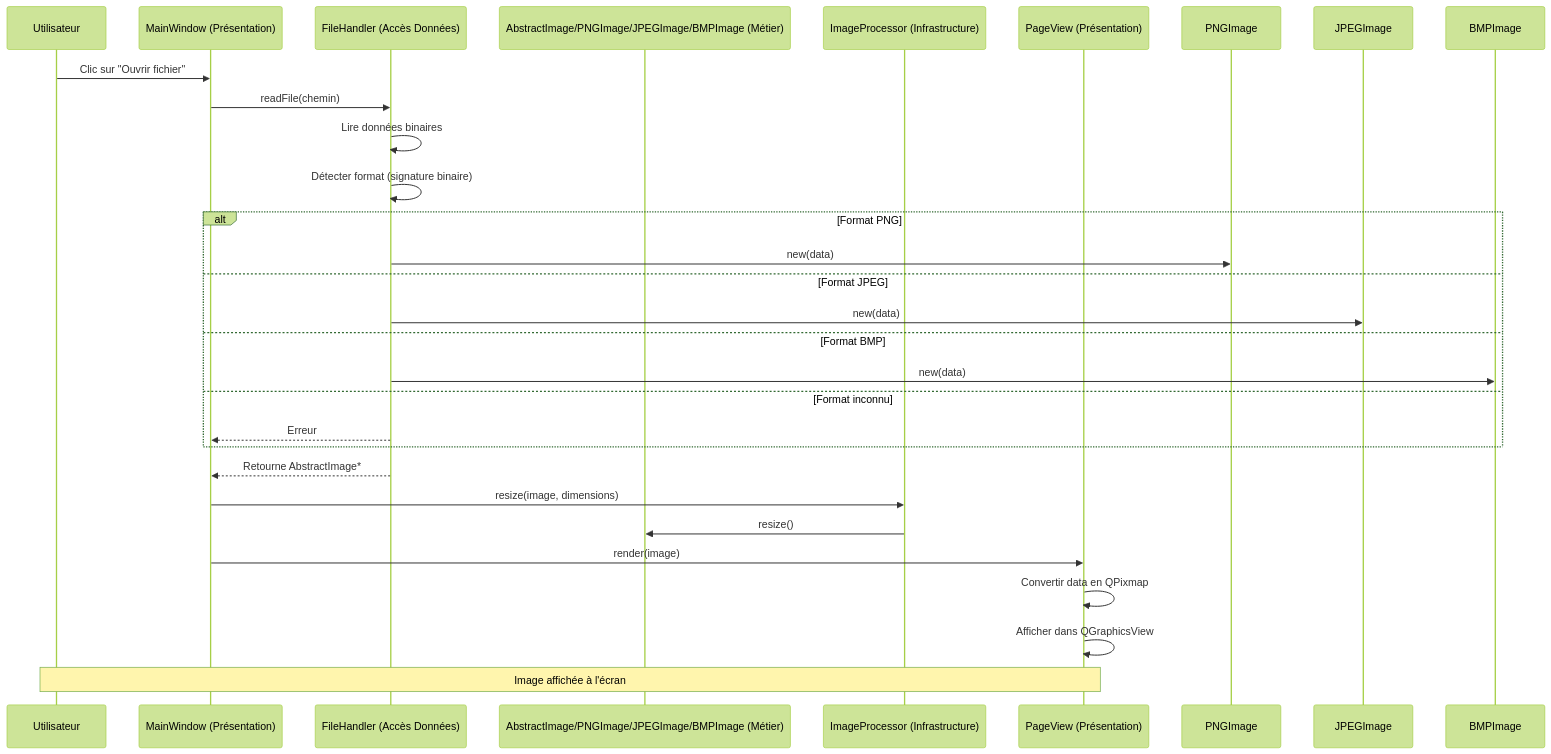
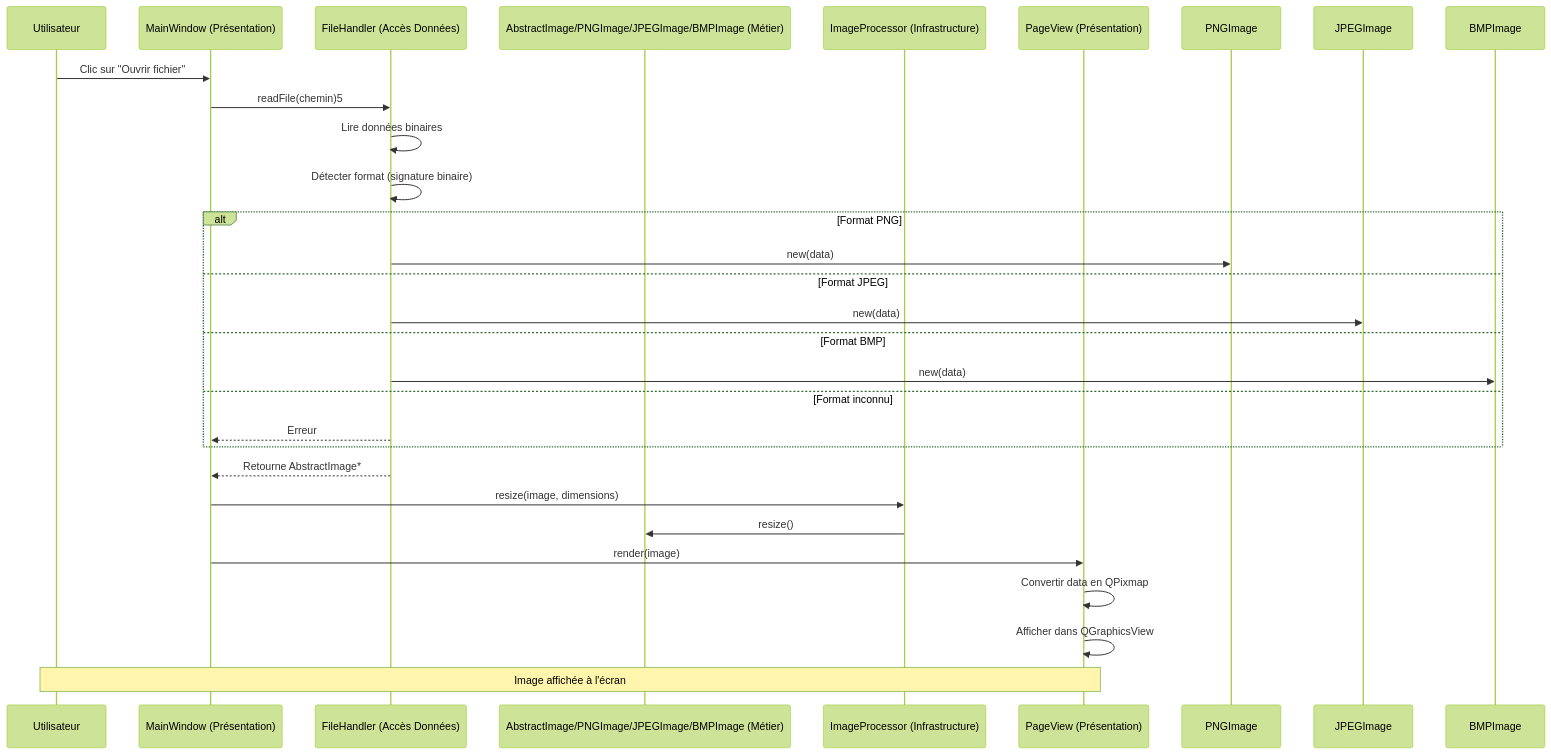
The diagram in diagramme_seq_open_file_avec_architecture.md (CedricDada/Comic-Book-Reader), drawn with Mermaid (forest theme) before and after one commit. The commit also changed 1 other file, not shown here.

Commit message:
ajout de commentaires explicatifs

````diff
--- a/diagramme_seq_open_file_avec_architecture.md
+++ b/diagramme_seq_open_file_avec_architecture.md
@@ -1,36 +1,36 @@
 ```mermaid
 sequenceDiagram
     participant User as Utilisateur
     participant MainWindow as MainWindow (Présentation)
     participant FileHandler as FileHandler (Accès Données)
     participant Image as AbstractImage/PNGImage/JPEGImage/BMPImage (Métier)
     participant ImageProcessor as ImageProcessor (Infrastructure)
     participant PageView as PageView (Présentation)
 
     User->>MainWindow: Clic sur "Ouvrir fichier"
-    MainWindow->>FileHandler: readFile(chemin)
+    MainWindow->>FileHandler: readFile(chemin)5
   
     FileHandler->>FileHandler: Lire données binaires
     FileHandler->>FileHandler: Détecter format (signature binaire)
   
     alt Format PNG
         FileHandler->>PNGImage: new(data)
     else Format JPEG
         FileHandler->>JPEGImage: new(data)
     else Format BMP
         FileHandler->>BMPImage: new(data)
     else Format inconnu
         FileHandler-->>MainWindow: Erreur
     end
   
     FileHandler-->>MainWindow: Retourne AbstractImage*
   
     MainWindow->>ImageProcessor: resize(image, dimensions)
     ImageProcessor->>Image: resize()
   
     MainWindow->>PageView: render(image)
     PageView->>PageView: Convertir data en QPixmap
     PageView->>PageView: Afficher dans QGraphicsView
   
     Note over User,PageView: Image affichée à l'écran
 ```
````
